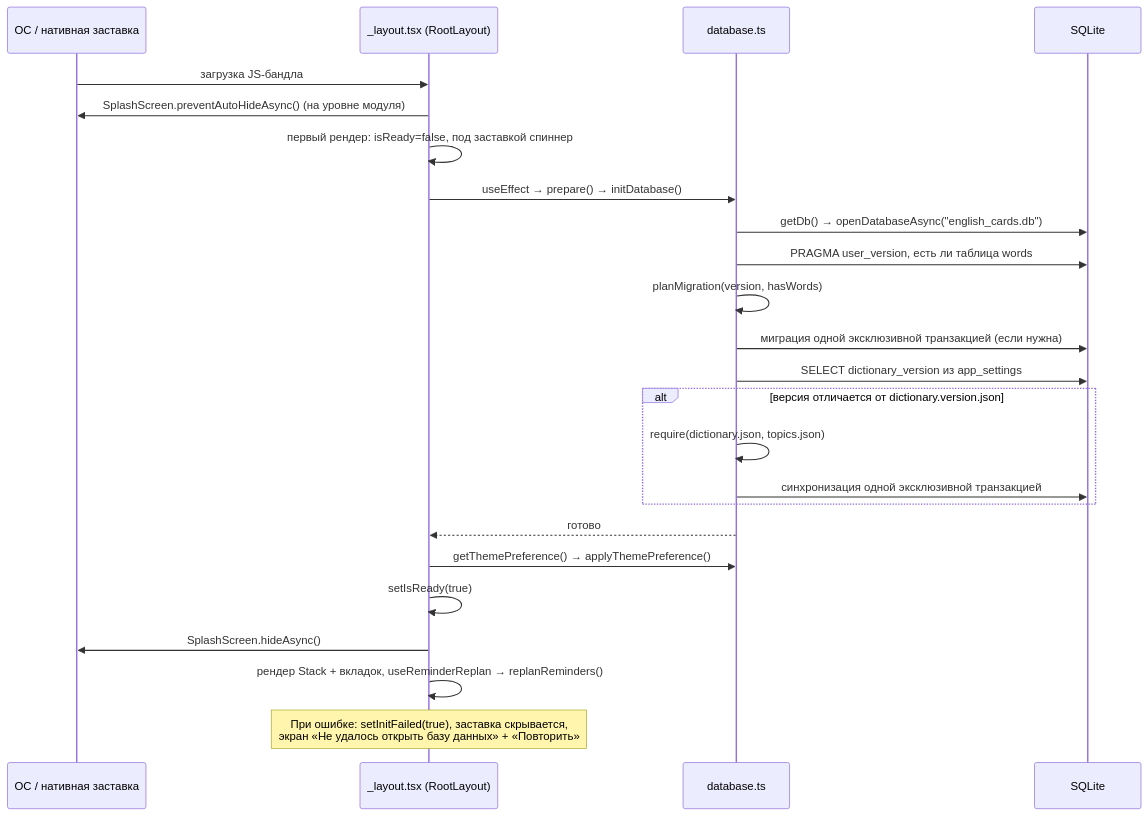
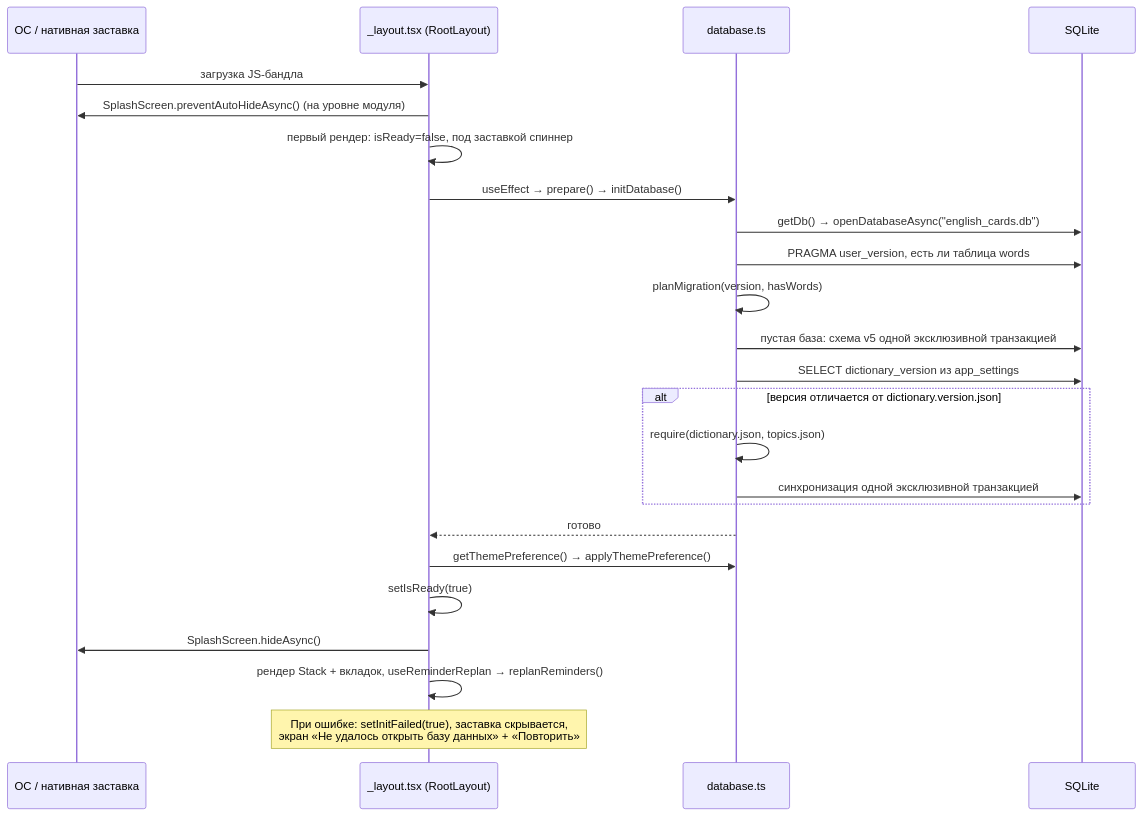
The second of 6 diagrams in docs/ARCHITECTURE.ru.md (01M/cardlish), drawn with Mermaid before and after one commit. The commit also changed other lines of this file and 8 other files, not shown here.

Commit message:
refactor(db): squash legacy migrations into the current schema

````diff
--- a/docs/ARCHITECTURE.ru.md
+++ b/docs/ARCHITECTURE.ru.md
@@ -130,26 +130,26 @@
 ```mermaid
 sequenceDiagram
     participant OS as ОС / нативная заставка
     participant L as _layout.tsx (RootLayout)
     participant D as database.ts
     participant Q as SQLite
     OS->>L: загрузка JS-бандла
     L->>OS: SplashScreen.preventAutoHideAsync() (на уровне модуля)
     L->>L: первый рендер: isReady=false, под заставкой спиннер
     L->>D: useEffect → prepare() → initDatabase()
     D->>Q: getDb() → openDatabaseAsync("english_cards.db")
     D->>Q: PRAGMA user_version, есть ли таблица words
     D->>D: planMigration(version, hasWords)
-    D->>Q: миграция одной эксклюзивной транзакцией (если нужна)
+    D->>Q: пустая база: схема v5 одной эксклюзивной транзакцией
     D->>Q: SELECT dictionary_version из app_settings
     alt версия отличается от dictionary.version.json
         D->>D: require(dictionary.json, topics.json)
         D->>Q: синхронизация одной эксклюзивной транзакцией
     end
     D-->>L: готово
     L->>D: getThemePreference() → applyThemePreference()
     L->>L: setIsReady(true)
     L->>OS: SplashScreen.hideAsync()
     L->>L: рендер Stack + вкладок, useReminderReplan → replanReminders()
     Note over L: При ошибке: setInitFailed(true), заставка скрывается,<br/>экран «Не удалось открыть базу данных» + «Повторить»
 ```
````
